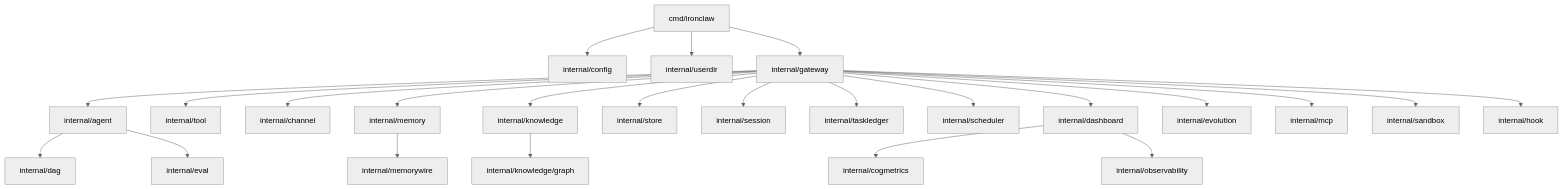
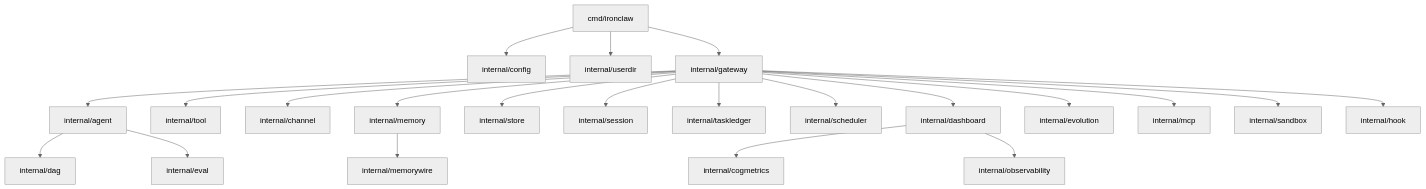
Before and after one commit to Forest-Isle/daimon: the diagram in docs/12-package-inventory.md, drawn with Mermaid (neutral theme). The commit also changed other lines of this file and 72 other files, not shown here.

First line of the commit message:
refactor: remove Knowledge Base and Knowledge Graph subsystems

````diff
--- a/docs/12-package-inventory.md
+++ b/docs/12-package-inventory.md
@@ -87,28 +85,26 @@
 ```mermaid
 flowchart TB
     CMD[cmd/ironclaw] --> Config[internal/config]
     CMD --> UserDir[internal/userdir]
     CMD --> Gateway[internal/gateway]
 
     Gateway --> Agent[internal/agent]
     Gateway --> Tool[internal/tool]
     Gateway --> Channel[internal/channel]
     Gateway --> Memory[internal/memory]
-    Gateway --> Knowledge[internal/knowledge]
     Gateway --> Store[internal/store]
     Gateway --> Session[internal/session]
     Gateway --> Task[internal/taskledger]
     Gateway --> Scheduler[internal/scheduler]
     Gateway --> Dashboard[internal/dashboard]
     Gateway --> Evolution[internal/evolution]
     Gateway --> MCP[internal/mcp]
     Gateway --> Sandbox[internal/sandbox]
     Gateway --> Hook[internal/hook]
 
     Agent --> DAG[internal/dag]
     Agent --> Eval[internal/eval]
     Memory --> Memorywire[internal/memorywire]
-    Knowledge --> Graph[internal/knowledge/graph]
     Dashboard --> Cog[internal/cogmetrics]
     Dashboard --> Obs[internal/observability]
 ```
````
